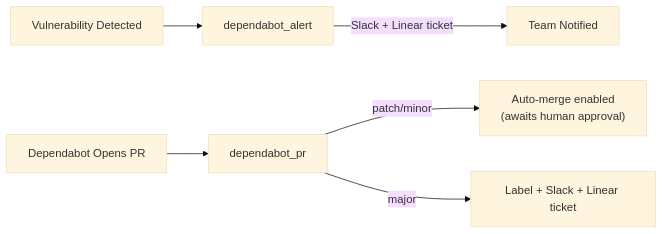
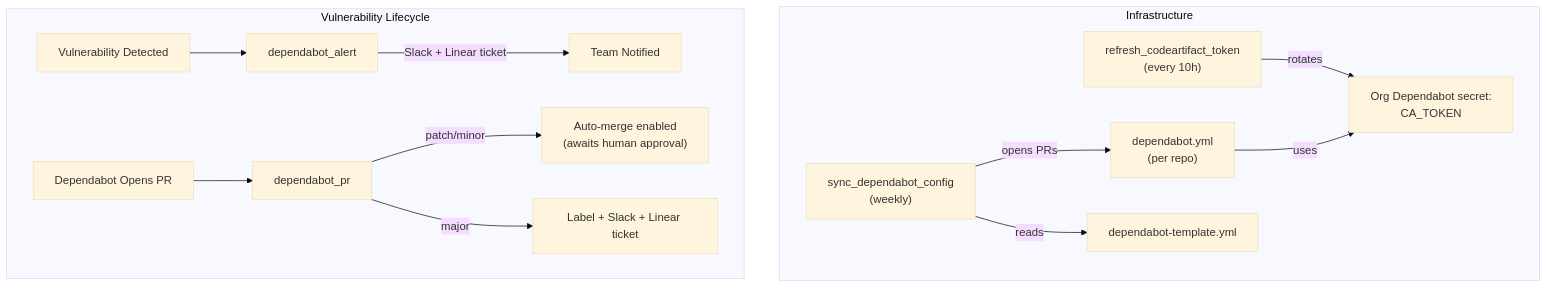
One commit to amera-apps/.github changed the first of 4 diagrams in README.md. Above: the diagram before and after it, drawn with Mermaid (base theme). The commit also changed other lines of this file and 3 other files, not shown here.

Commit message:
feat: added codeartifact token refresh workflow and dependabot template sync for python repos workflow

````diff
--- a/README.md
+++ b/README.md
@@ -10,8 +10,18 @@
 ```mermaid
-graph LR
-    V[Vulnerability Detected] --> A[dependabot_alert]
-    A -->|"Slack + Linear ticket"| Team[Team Notified]
-    D[Dependabot Opens PR] --> P[dependabot_pr]
-    P -->|"patch/minor"| AutoMerge["Auto-merge enabled\n(awaits human approval)"]
-    P -->|"major"| ManualReview["Label + Slack + Linear ticket"]
+graph TD
+    subgraph infra [Infrastructure]
+        Refresh["refresh_codeartifact_token\n(every 10h)"] -->|"rotates"| CASecret["Org Dependabot secret:\nCA_TOKEN"]
+        Sync["sync_dependabot_config\n(weekly)"] -->|"opens PRs"| DYml["dependabot.yml\n(per repo)"]
+        Sync -->|"reads"| Template["dependabot-template.yml"]
+    end
+
+    subgraph lifecycle [Vulnerability Lifecycle]
+        V[Vulnerability Detected] --> A[dependabot_alert]
+        A -->|"Slack + Linear ticket"| Team[Team Notified]
+        D[Dependabot Opens PR] --> P[dependabot_pr]
+        P -->|"patch/minor"| AutoMerge["Auto-merge enabled\n(awaits human approval)"]
+        P -->|"major"| ManualReview["Label + Slack + Linear ticket"]
+    end
+
+    DYml -->|"uses"| CASecret
 ```
````
